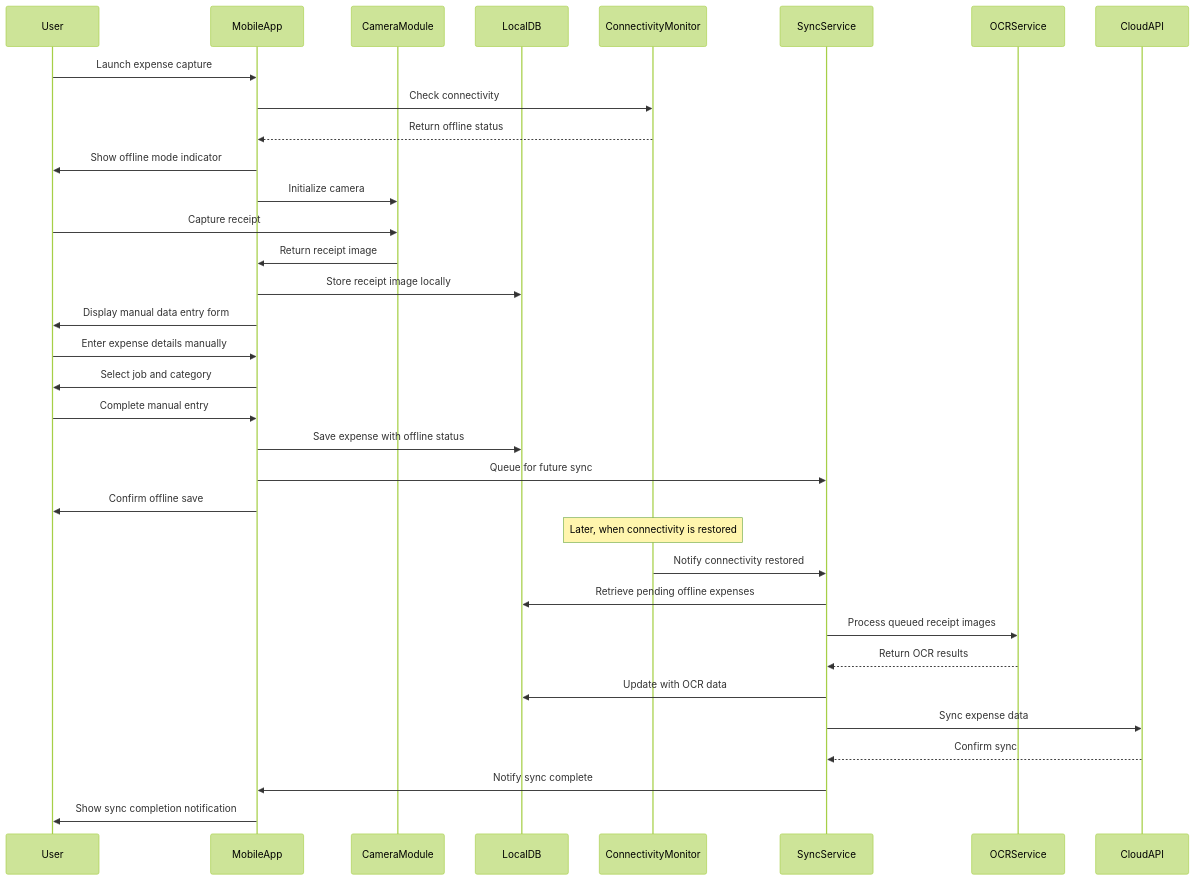
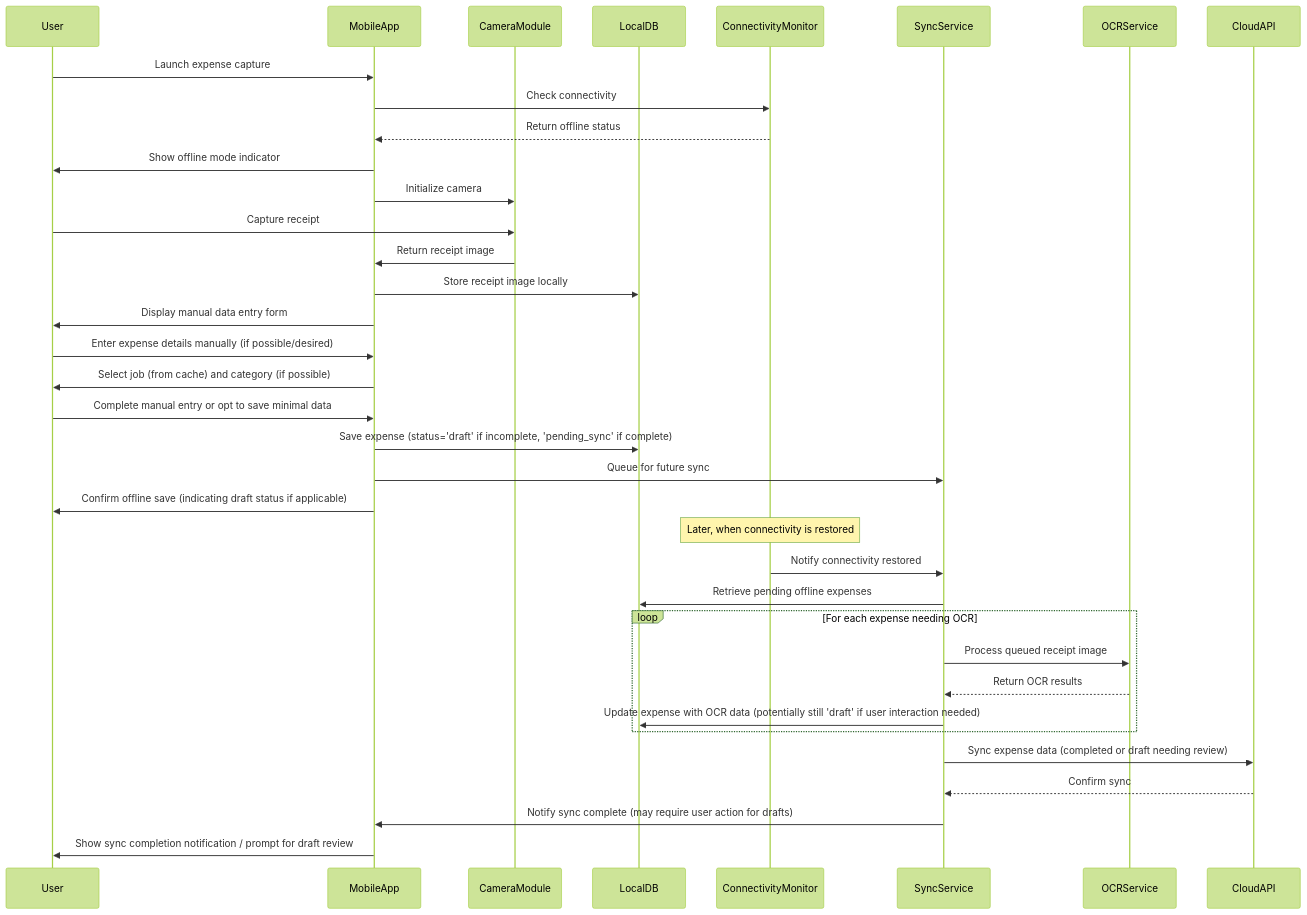
Before and after one commit to developers-ubonu/fintrack: the second of 5 diagrams in docs/fintrack/USE_CASES/UC-ME/sequence-diagram.md, drawn with Mermaid (forest theme). The commit also changed other lines of this file and 4 other files, not shown here.

````diff
--- a/docs/fintrack/USE_CASES/UC-ME/sequence-diagram.md
+++ b/docs/fintrack/USE_CASES/UC-ME/sequence-diagram.md
@@ -66,39 +66,41 @@
 ```mermaid
 sequenceDiagram
     participant User
     participant MobileApp
     participant CameraModule
     participant LocalDB
     participant ConnectivityMonitor
     participant SyncService
     participant OCRService
     participant CloudAPI
-    
+
     User->>MobileApp: Launch expense capture
     MobileApp->>ConnectivityMonitor: Check connectivity
     ConnectivityMonitor-->>MobileApp: Return offline status
     MobileApp->>User: Show offline mode indicator
     MobileApp->>CameraModule: Initialize camera
     User->>CameraModule: Capture receipt
     CameraModule->>MobileApp: Return receipt image
     MobileApp->>LocalDB: Store receipt image locally
     MobileApp->>User: Display manual data entry form
-    User->>MobileApp: Enter expense details manually
-    MobileApp->>User: Select job and category
-    User->>MobileApp: Complete manual entry
-    MobileApp->>LocalDB: Save expense with offline status
+    User->>MobileApp: Enter expense details manually (if possible/desired)
+    MobileApp->>User: Select job (from cache) and category (if possible)
+    User->>MobileApp: Complete manual entry or opt to save minimal data
+    MobileApp->>LocalDB: Save expense (status='draft' if incomplete, 'pending_sync' if complete)
     MobileApp->>SyncService: Queue for future sync
-    MobileApp->>User: Confirm offline save
-    
+    MobileApp->>User: Confirm offline save (indicating draft status if applicable)
+
     Note over ConnectivityMonitor: Later, when connectivity is restored
-    
+
     ConnectivityMonitor->>SyncService: Notify connectivity restored
     SyncService->>LocalDB: Retrieve pending offline expenses
-    SyncService->>OCRService: Process queued receipt images
-    OCRService-->>SyncService: Return OCR results
-    SyncService->>LocalDB: Update with OCR data
-    SyncService->>CloudAPI: Sync expense data
+    loop For each expense needing OCR
+        SyncService->>OCRService: Process queued receipt image
+        OCRService-->>SyncService: Return OCR results
+        SyncService->>LocalDB: Update expense with OCR data (potentially still 'draft' if user interaction needed)
+    end
+    SyncService->>CloudAPI: Sync expense data (completed or draft needing review)
     CloudAPI-->>SyncService: Confirm sync
-    SyncService->>MobileApp: Notify sync complete
-    MobileApp->>User: Show sync completion notification
+    SyncService->>MobileApp: Notify sync complete (may require user action for drafts)
+    MobileApp->>User: Show sync completion notification / prompt for draft review
 ```
````
